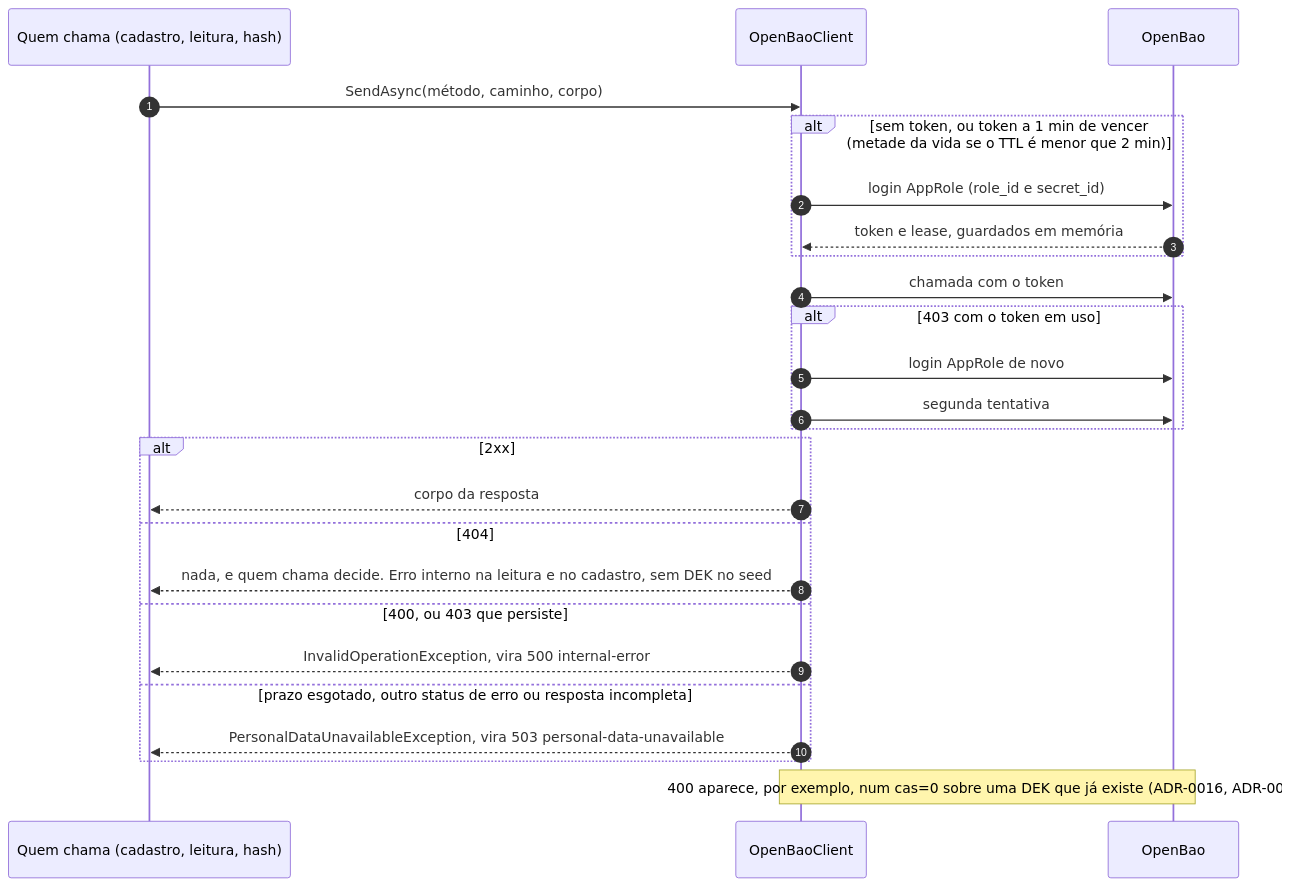
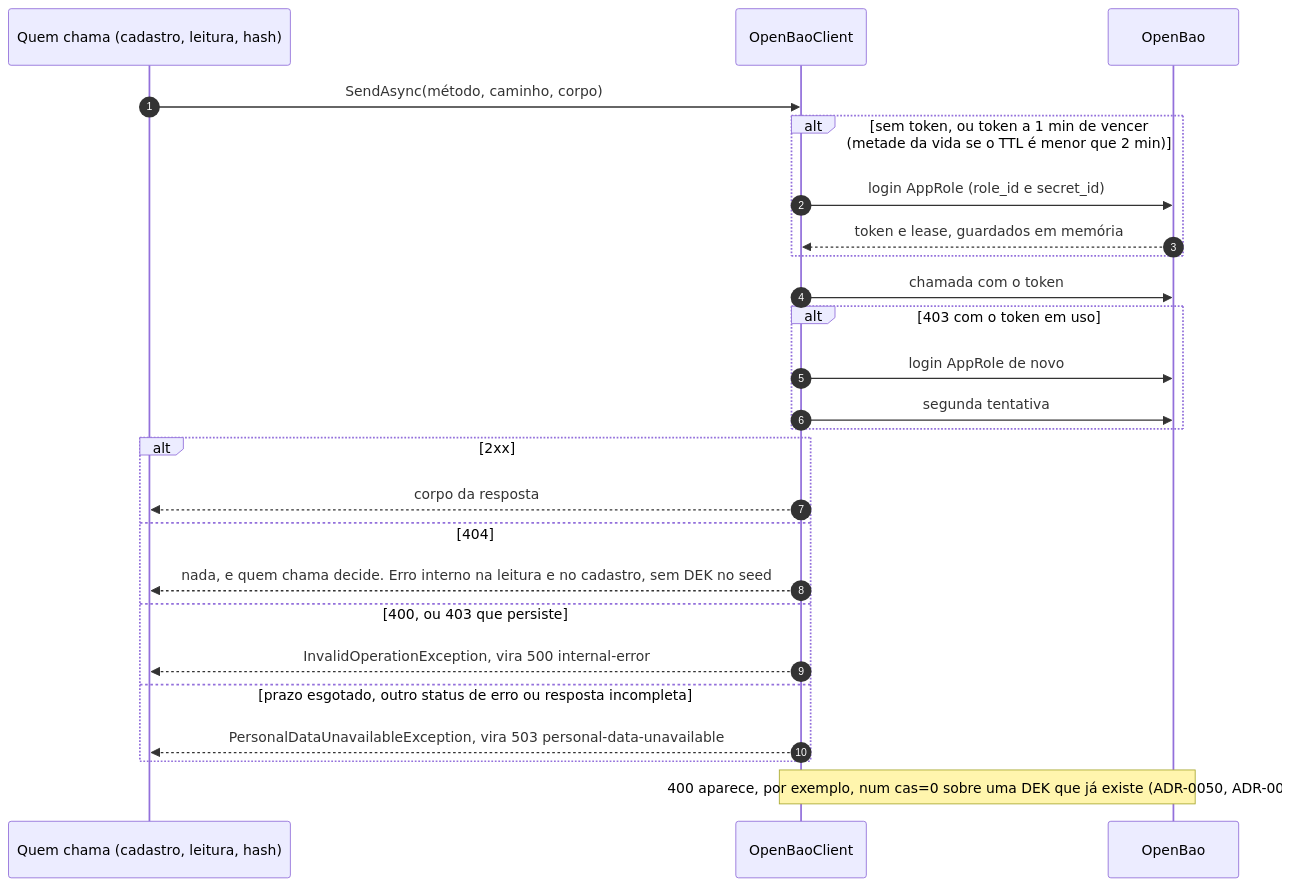
The third of 5 diagrams in docs/arquitetura/fluxos-customers.md (arthuurw/desafio-arquiteto-keyrus), drawn with Mermaid before and after one commit. The commit also changed other lines of this file and 82 other files, not shown here.

````diff
--- a/docs/arquitetura/fluxos-customers.md
+++ b/docs/arquitetura/fluxos-customers.md
@@ -178,28 +178,28 @@
 ```mermaid
 sequenceDiagram
   autonumber
   participant U as Quem chama (cadastro, leitura, hash)
   participant OB as OpenBaoClient
   participant V as OpenBao
 
   U->>OB: SendAsync(método, caminho, corpo)
   alt sem token, ou token a 1 min de vencer (metade da vida se o TTL é menor que 2 min)
     OB->>V: login AppRole (role_id e secret_id)
     V-->>OB: token e lease, guardados em memória
   end
   OB->>V: chamada com o token
   alt 403 com o token em uso
     OB->>V: login AppRole de novo
     OB->>V: segunda tentativa
   end
   alt 2xx
     OB-->>U: corpo da resposta
   else 404
     OB-->>U: nada, e quem chama decide. Erro interno na leitura e no cadastro, sem DEK no seed
   else 400, ou 403 que persiste
     OB-->>U: InvalidOperationException, vira 500 internal-error
   else prazo esgotado, outro status de erro ou resposta incompleta
     OB-->>U: PersonalDataUnavailableException, vira 503 personal-data-unavailable
   end
-  Note over OB,V: 400 aparece, por exemplo, num cas=0 sobre uma DEK que já existe (ADR-0016, ADR-0021)
+  Note over OB,V: 400 aparece, por exemplo, num cas=0 sobre uma DEK que já existe (ADR-0050, ADR-0021)
 ```
````
